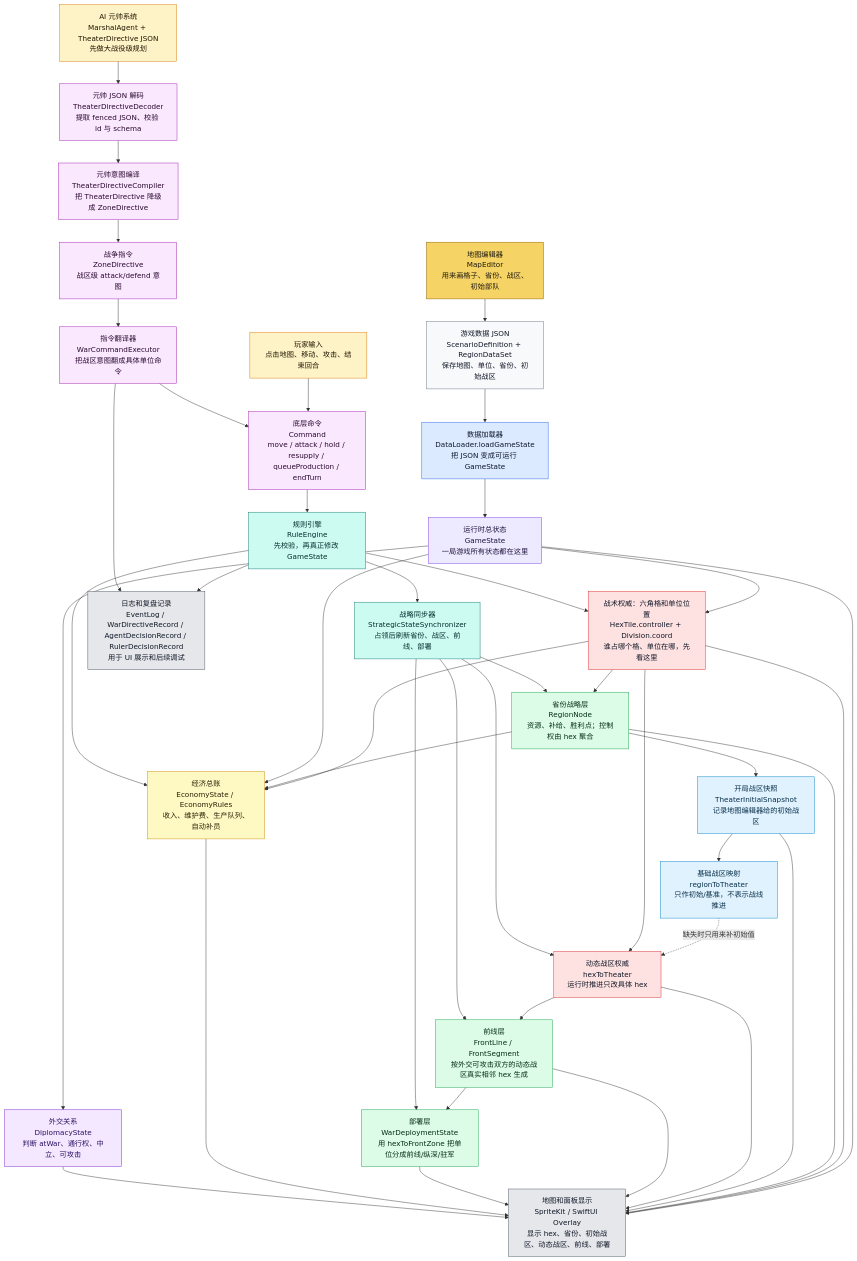
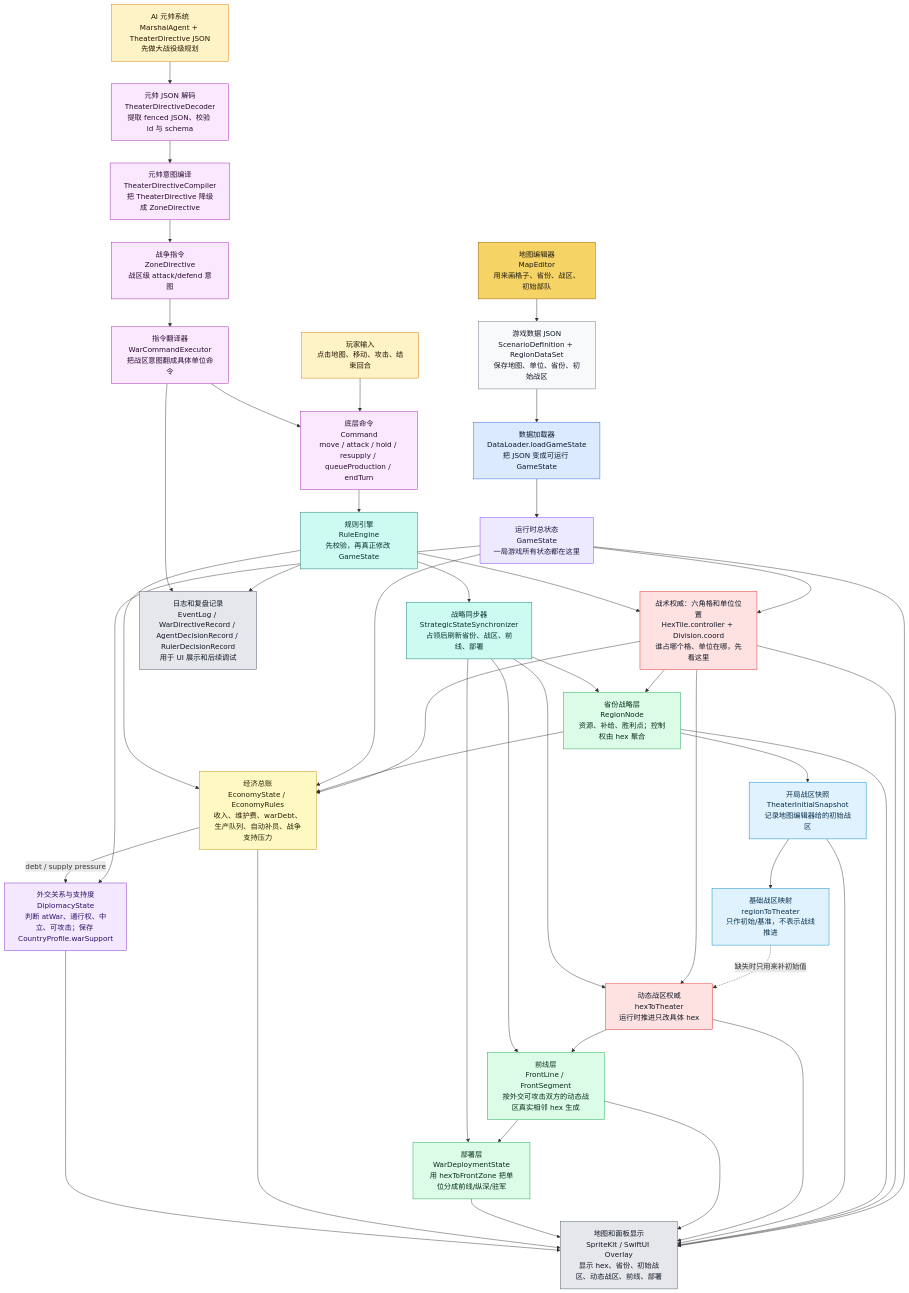
One commit to Altman-sam114/126 changed the second of 9 diagrams in md/flow/flowchart.md. Above: the diagram before and after it, drawn with Mermaid. The commit also changed other lines of this file and 2 other files, not shown here.

Commit message:
docs(log): record war support pressure CI

````diff
--- a/md/flow/flowchart.md
+++ b/md/flow/flowchart.md
@@ -72,78 +72,79 @@
 ```mermaid
 flowchart TD
     ME["地图编辑器<br/>MapEditor<br/>用来画格子、省份、战区、初始部队"]:::editor
     JSON["游戏数据 JSON<br/>ScenarioDefinition + RegionDataSet<br/>保存地图、单位、省份、初始战区"]:::data
     DL["数据加载器<br/>DataLoader.loadGameState<br/>把 JSON 变成可运行 GameState"]:::loader
     GS["运行时总状态<br/>GameState<br/>一局游戏所有状态都在这里"]:::state
 
     HEX["战术权威：六角格和单位位置<br/>HexTile.controller + Division.coord<br/>谁占哪个格、单位在哪，先看这里"]:::authority
     REGION["省份战略层<br/>RegionNode<br/>资源、补给、胜利点；控制权由 hex 聚合"]:::derived
     INIT["开局战区快照<br/>TheaterInitialSnapshot<br/>记录地图编辑器给的初始战区"]:::snapshot
     R2T["基础战区映射<br/>regionToTheater<br/>只作初始/基准，不表示战线推进"]:::snapshot
     H2T["动态战区权威<br/>hexToTheater<br/>运行时推进只改具体 hex"]:::authority
     FRONT["前线层<br/>FrontLine / FrontSegment<br/>按外交可攻击双方的动态战区真实相邻 hex 生成"]:::derived
     DEPLOY["部署层<br/>WarDeploymentState<br/>用 hexToFrontZone 把单位分成前线/纵深/驻军"]:::derived
-    ECO["经济总账<br/>EconomyState / EconomyRules<br/>收入、维护费、生产队列、自动补员"]:::economy
-    DIP["外交关系<br/>DiplomacyState<br/>判断 atWar、通行权、中立、可攻击"]:::diplomacy
+    ECO["经济总账<br/>EconomyState / EconomyRules<br/>收入、维护费、warDebt、生产队列、自动补员、战争支持压力"]:::economy
+    DIP["外交关系与支持度<br/>DiplomacyState<br/>判断 atWar、通行权、中立、可攻击；保存 CountryProfile.warSupport"]:::diplomacy
     PLAYER["玩家输入<br/>点击地图、移动、攻击、结束回合"]:::input
     AI["AI 元帅系统<br/>MarshalAgent + TheaterDirective JSON<br/>先做大战役级规划"]:::input
     DEC["元帅 JSON 解码<br/>TheaterDirectiveDecoder<br/>提取 fenced JSON、校验 id 与 schema"]:::command
     COMP["元帅意图编译<br/>TheaterDirectiveCompiler<br/>把 TheaterDirective 降级成 ZoneDirective"]:::command
     ZD["战争指令<br/>ZoneDirective<br/>战区级 attack/defend 意图"]:::command
     WCE["指令翻译器<br/>WarCommandExecutor<br/>把战区意图翻成具体单位命令"]:::command
     CMD["底层命令<br/>Command<br/>move / attack / hold / resupply / queueProduction / endTurn"]:::command
     RE["规则引擎<br/>RuleEngine<br/>先校验，再真正修改 GameState"]:::rules
     SYNC["战略同步器<br/>StrategicStateSynchronizer<br/>占领后刷新省份、战区、前线、部署"]:::rules
 
     UI["地图和面板显示<br/>SpriteKit / SwiftUI Overlay<br/>显示 hex、省份、初始战区、动态战区、前线、部署"]:::ui
     LOG["日志和复盘记录<br/>EventLog / WarDirectiveRecord / AgentDecisionRecord / RulerDecisionRecord<br/>用于 UI 展示和后续调试"]:::ui
 
     ME --> JSON --> DL --> GS
     GS --> HEX
     HEX --> REGION
     HEX --> ECO
     REGION --> ECO
     REGION --> INIT
     INIT --> R2T
     R2T -.->|缺失时只用来补初始值| H2T
     HEX --> H2T
     H2T --> FRONT --> DEPLOY
     GS --> ECO
     GS --> DIP
+    ECO -->|debt / supply pressure| DIP
 
     PLAYER --> CMD
     AI --> DEC --> COMP --> ZD --> WCE --> CMD
     CMD --> RE --> HEX
     RE --> ECO
     RE --> SYNC
     SYNC --> REGION
     SYNC --> H2T
     SYNC --> FRONT
     SYNC --> DEPLOY
 
     GS --> UI
     HEX --> UI
     REGION --> UI
     INIT --> UI
     H2T --> UI
     FRONT --> UI
     DEPLOY --> UI
     ECO --> UI
     DIP --> UI
     RE --> LOG
     WCE --> LOG
 
     classDef editor fill:#f6d365,stroke:#8a5a00,color:#1f1b10
     classDef data fill:#f8f9fb,stroke:#6b7280,color:#111827
     classDef loader fill:#dbeafe,stroke:#2563eb,color:#0f172a
     classDef state fill:#ede9fe,stroke:#7c3aed,color:#1f143d
     classDef authority fill:#fee2e2,stroke:#dc2626,color:#111827
     classDef derived fill:#dcfce7,stroke:#16a34a,color:#052e16
     classDef snapshot fill:#e0f2fe,stroke:#0284c7,color:#082f49
     classDef input fill:#fef3c7,stroke:#d97706,color:#1f1600
     classDef economy fill:#fef9c3,stroke:#ca8a04,color:#292107
     classDef diplomacy fill:#f3e8ff,stroke:#7e22ce,color:#2e1065
     classDef command fill:#fae8ff,stroke:#a21caf,color:#2a0a2f
     classDef rules fill:#ccfbf1,stroke:#0f766e,color:#042f2e
     classDef ui fill:#e5e7eb,stroke:#4b5563,color:#111827
 ```
````
